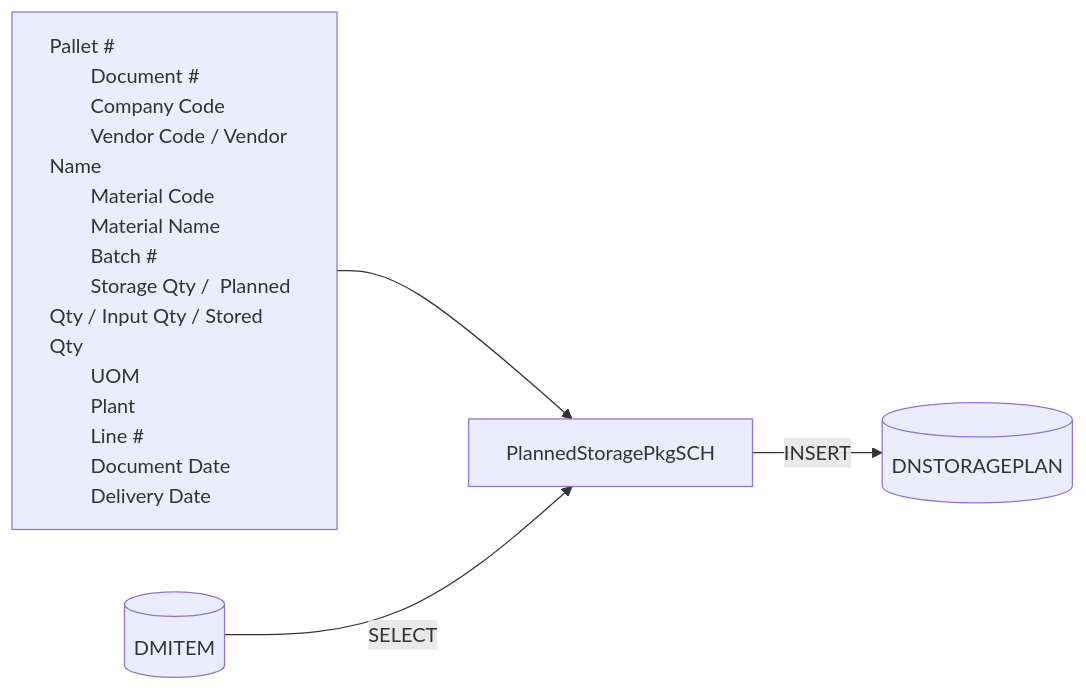
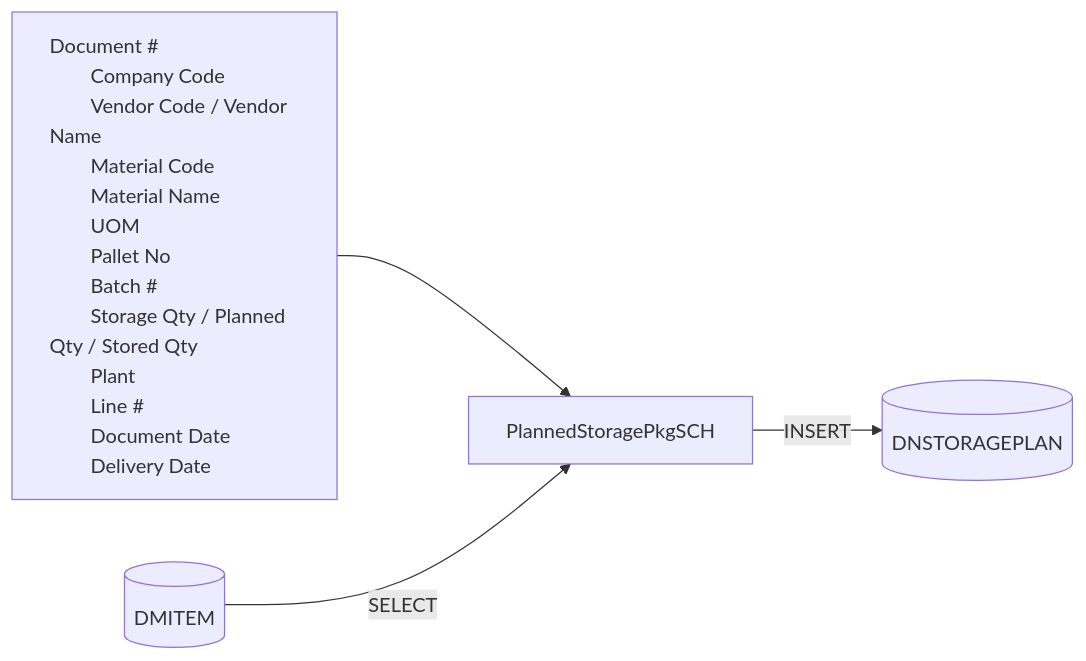
Before and after one commit to luthfiadityaa/SimeDarby-Wiki: the first of 2 diagrams in Basic-Design/DFD-WMS/Storage/[SCREEN-ONLY]-Planned-Storage-Packaging-Material.md, drawn with Mermaid.

Commit message:
Updated [SCREEN ONLY] Planned Storage Packaging Material

```diff
--- a/Basic-Design/DFD-WMS/Storage/[SCREEN-ONLY]-Planned-Storage-Packaging-Material.md
+++ b/Basic-Design/DFD-WMS/Storage/[SCREEN-ONLY]-Planned-Storage-Packaging-Material.md
@@ -35,33 +35,33 @@
 ::: mermaid
 flowchart LR
     input[
-        Pallet #
         Document #
         Company Code
         Vendor Code / Vendor Name
         Material Code
         Material Name
+        UOM
+        Pallet No        
         Batch #
-        Storage Qty /  Planned Qty / Input Qty / Stored Qty
-        UOM
+        Storage Qty / Planned Qty / Stored Qty        
         Plant
         Line #
         Document Date
         Delivery Date
     ]
 
     tableList-select[("
         DMITEM
     ")]
 
     tableList-insert[("
         DNSTORAGEPLAN
     ")]
 
     className[PlannedStoragePkgSCH]
 
     input --> className--> |INSERT| tableList-insert
     tableList-select--> |SELECT| className 
 
     style input text-align:left
 :::
```
